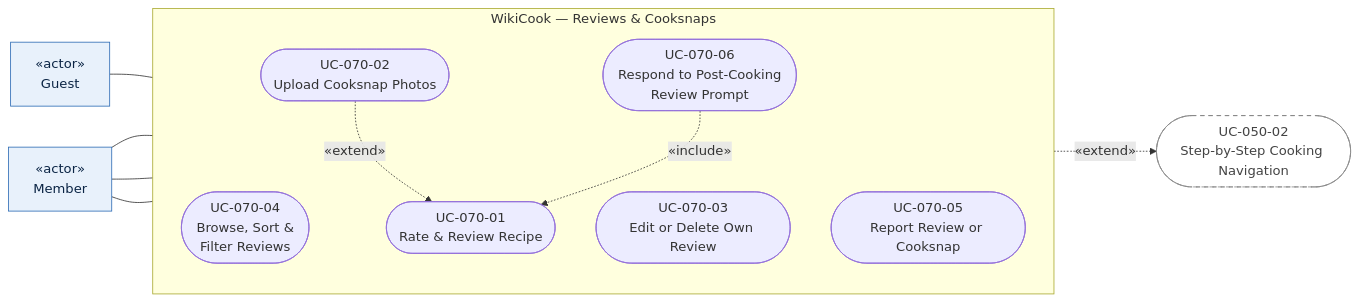
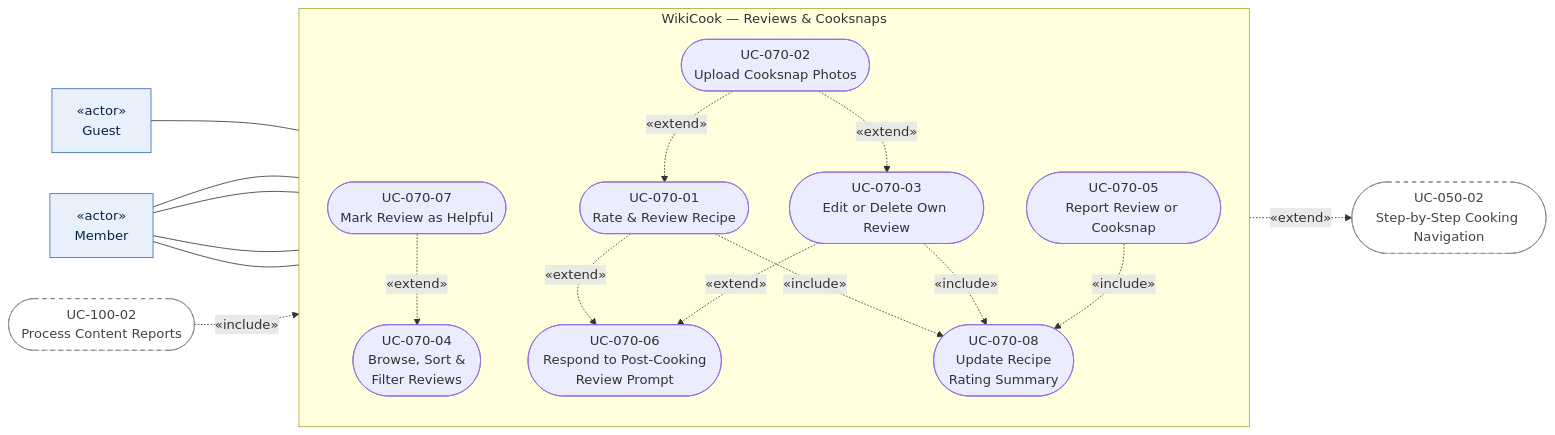
Before and after one commit to ThanhDu14/WikiCook: the ninth of 13 diagrams in docs/requirements/use-case-model.md, drawn with Mermaid. The commit also changed other lines of this file, not shown here.

````diff
--- a/docs/requirements/use-case-model.md
+++ b/docs/requirements/use-case-model.md
@@ -439,31 +478,42 @@
 ```mermaid
 flowchart LR
     GUEST["«actor»<br/>Guest"]
     MEMBER["«actor»<br/>Member"]
 
     subgraph SYS["WikiCook — Reviews & Cooksnaps"]
         direction TB
         UC070_04(["UC-070-04<br/>Browse, Sort &<br/>Filter Reviews"])
+        UC070_07(["UC-070-07<br/>Mark Review as Helpful"])
         UC070_01(["UC-070-01<br/>Rate & Review Recipe"])
         UC070_02(["UC-070-02<br/>Upload Cooksnap Photos"])
         UC070_03(["UC-070-03<br/>Edit or Delete Own Review"])
         UC070_05(["UC-070-05<br/>Report Review or Cooksnap"])
         UC070_06(["UC-070-06<br/>Respond to Post-Cooking<br/>Review Prompt"])
+        UC070_08(["UC-070-08<br/>Update Recipe<br/>Rating Summary"])
     end
 
     UC050_02(["UC-050-02<br/>Step-by-Step Cooking Navigation"])
+    UC100_02(["UC-100-02<br/>Process Content Reports"])
 
     GUEST --- UC070_04
+    MEMBER --- UC070_07
     MEMBER --- UC070_01
     MEMBER --- UC070_03
     MEMBER --- UC070_05
 
+    UC070_07 -. "«extend»" .-> UC070_04
     UC070_02 -. "«extend»" .-> UC070_01
+    UC070_02 -. "«extend»" .-> UC070_03
     UC070_06 -. "«extend»" .-> UC050_02
-    UC070_06 -. "«include»" .-> UC070_01
+    UC070_01 -. "«extend»" .-> UC070_06
+    UC070_03 -. "«extend»" .-> UC070_06
+    UC070_01 -. "«include»" .-> UC070_08
+    UC070_03 -. "«include»" .-> UC070_08
+    UC070_05 -. "«include»" .-> UC070_08
+    UC100_02 -. "«include»" .-> UC070_08
 
     classDef actor fill:#e8f1fb,stroke:#2f6db5,color:#0b2545
     classDef external fill:#ffffff,stroke:#888888,stroke-dasharray:5 5,color:#444444
     class GUEST,MEMBER actor
-    class UC050_02 external
+    class UC050_02,UC100_02 external
 ```
````
